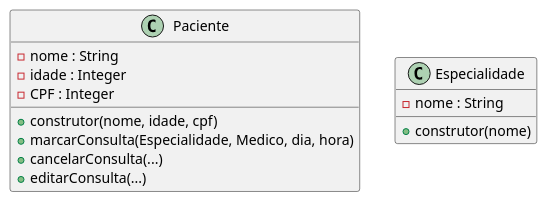
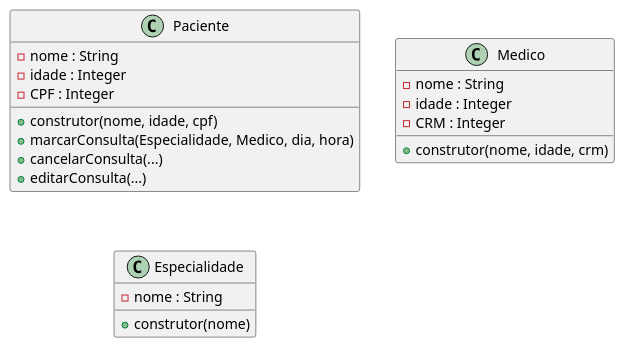
One commit to anleaes/2022-1-N2-POO-03 changed the diagram in diagrama.plantuml. Above: the diagram before and after it, drawn with PlantUML.

Commit message:
criado classe Medico

```diff
--- a/diagrama.plantuml
+++ b/diagrama.plantuml
@@ -1,18 +1,27 @@
 @startuml Gerenciamento de Exames Medicos
 
     class Paciente{
         - nome : String
         - idade : Integer
         - CPF : Integer
         + construtor(nome, idade, cpf)
         + marcarConsulta(Especialidade, Medico, dia, hora)
         + cancelarConsulta(...)
         + editarConsulta(...)
     }
 
+    class Medico{
+        - nome : String
+        - idade : Integer
+        - CRM : Integer
+        + construtor(nome, idade, crm)
+    }
+
     class Especialidade{
         - nome : String
         + construtor(nome)
     }
 
+
+
 @enduml
```
